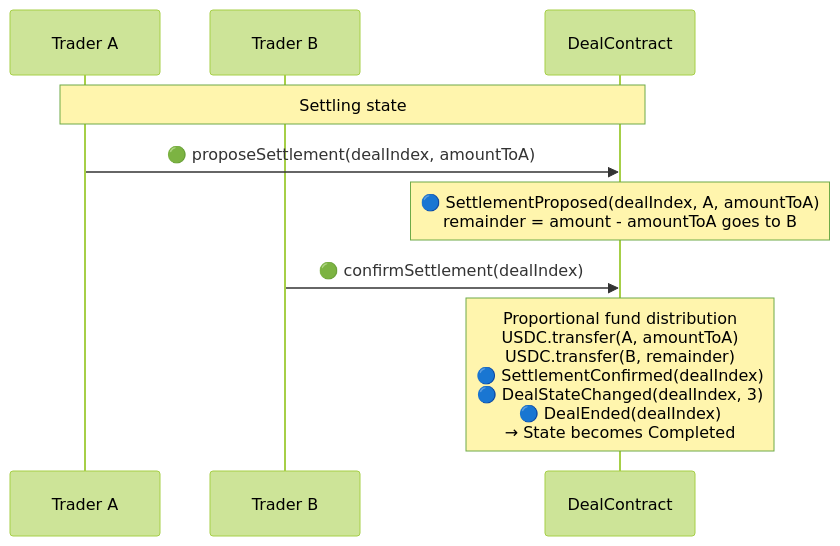
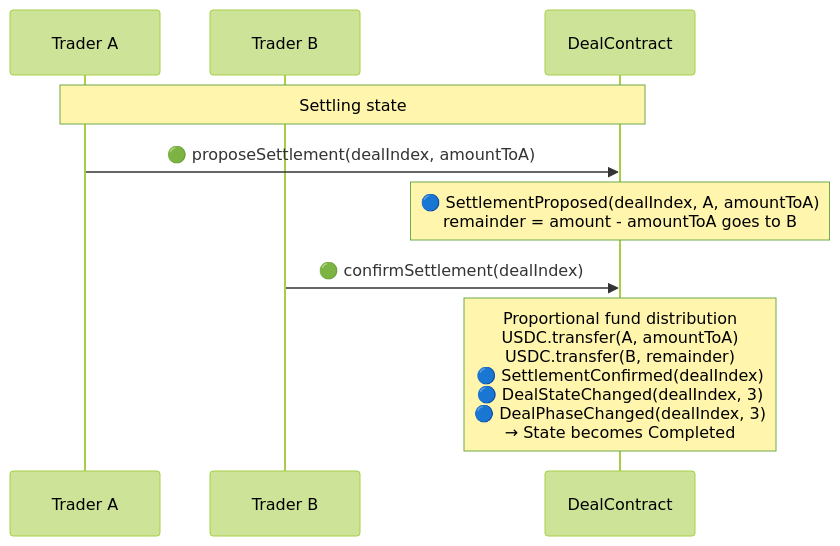
The seventh of 9 diagrams in examples/x-quote/x-quote-design.md (synctxai/synctx), drawn with Mermaid (forest theme) before and after one commit. The commit also changed other lines of this file and 1 other file, not shown here.

First line of the commit message:
refactor: simplify DealBase and update x-quote design doc

````diff
--- a/examples/x-quote/x-quote-design.md
+++ b/examples/x-quote/x-quote-design.md
@@ -379,12 +369,12 @@
 ```mermaid
 sequenceDiagram
     participant A as Trader A
     participant B as Trader B
     participant D as DealContract
 
     Note over A,D: Settling state
     A->>D: 🟢 proposeSettlement(dealIndex, amountToA)
     Note over D: 🔵 SettlementProposed(dealIndex, A, amountToA)<br/>remainder = amount - amountToA goes to B
     B->>D: 🟢 confirmSettlement(dealIndex)
-    Note over D: Proportional fund distribution<br/>USDC.transfer(A, amountToA)<br/>USDC.transfer(B, remainder)<br/>🔵 SettlementConfirmed(dealIndex)<br/>🔵 DealStateChanged(dealIndex, 3)<br/>🔵 DealEnded(dealIndex)<br/>→ State becomes Completed
+    Note over D: Proportional fund distribution<br/>USDC.transfer(A, amountToA)<br/>USDC.transfer(B, remainder)<br/>🔵 SettlementConfirmed(dealIndex)<br/>🔵 DealStateChanged(dealIndex, 3)<br/>🔵 DealPhaseChanged(dealIndex, 3)<br/>→ State becomes Completed
 ```
````
